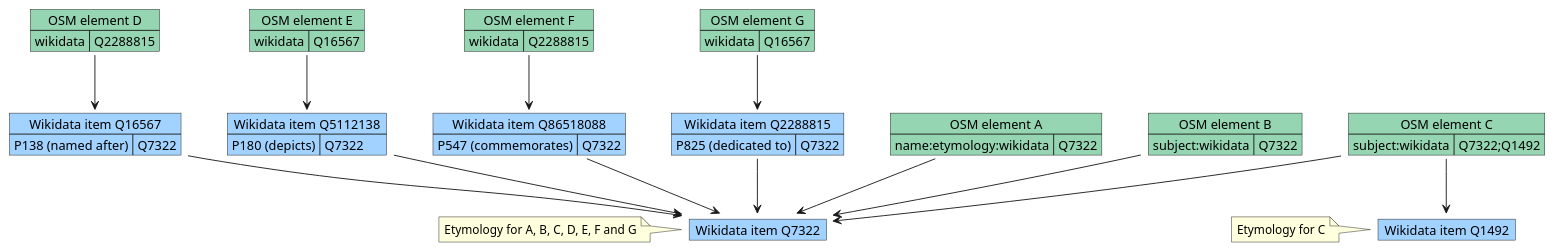
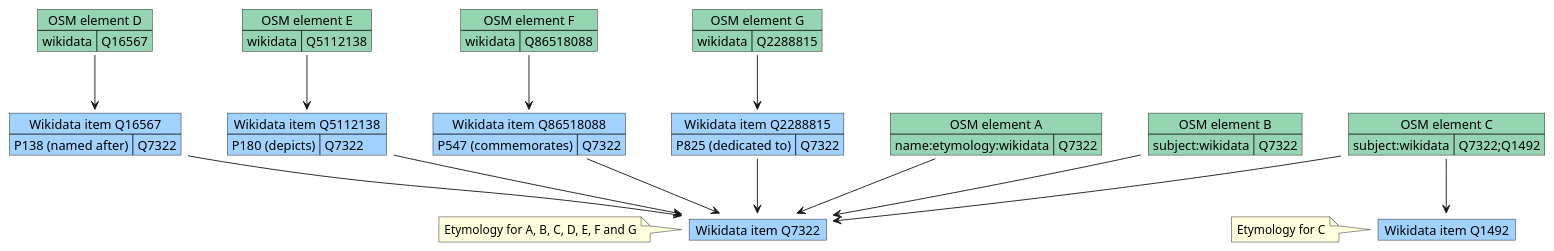
The first of 3 diagrams in CONTRIBUTING.md (Danysan1/osm-wikidata-map-framework), drawn with PlantUML before and after one commit. The commit also changed other lines of this file, not shown here.

Commit message:
Fix CONTRIBUTING graph

````diff
--- a/CONTRIBUTING.md
+++ b/CONTRIBUTING.md
@@ -42,63 +42,63 @@
 ```plantuml
 @startuml
 map "Wikidata item Q7322" as wikia #a2d2ff {
 
 }
 map "Wikidata item Q1492" as wikib #a2d2ff {
 
 }
 
 map "Wikidata item Q16567" as wikic #a2d2ff {
   P138 (named after) => Q7322
 }
 map "Wikidata item Q5112138" as wikid #a2d2ff {
   P180 (depicts) => Q7322
 }
 map "Wikidata item Q86518088" as wikie #a2d2ff {
   P547 (commemorates) => Q7322
 }
 map "Wikidata item Q2288815" as wikif #a2d2ff {
   P825 (dedicated to) => Q7322
 }
 
 map "OSM element A" as osma #95d5b2 {
   name:etymology:wikidata => Q7322
 }
 map "OSM element B" as osmb #95d5b2 {
   subject:wikidata => Q7322
 }
 map "OSM element C" as osmc #95d5b2 {
   subject:wikidata => Q7322;Q1492
 }
 map "OSM element D" as osmd #95d5b2 {
-  wikidata => Q2288815
+  wikidata => Q16567
 }
 map "OSM element E" as osme #95d5b2 {
-  wikidata => Q16567
+  wikidata => Q5112138
 }
 map "OSM element F" as osmf #95d5b2 {
-  wikidata => Q2288815
+  wikidata => Q86518088
 }
 map "OSM element G" as osmg #95d5b2 {
-  wikidata => Q16567
+  wikidata => Q2288815
 }
 
 osma --> wikia
 osmb --> wikia
 osmc --> wikia
 osmc --> wikib
 
 osmd --> wikic
 osme --> wikid
 osmf --> wikie
 osmg --> wikif
 
 wikic --> wikia
 wikid --> wikia
 wikie --> wikia
 wikif --> wikia
 
 note left of wikia: Etymology for A, B, C, D, E, F and G
 note left of wikib: Etymology for C
 @enduml
 ```
````
